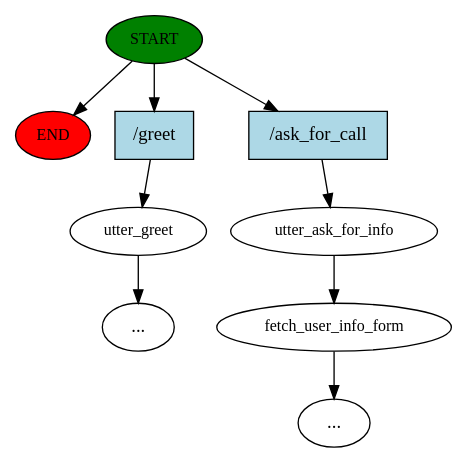
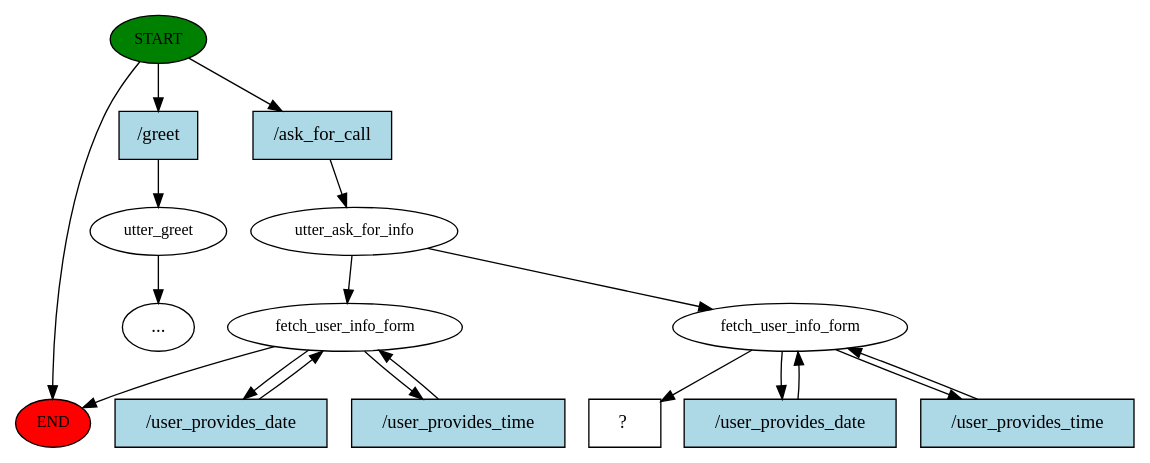
Before and after one commit to anshumankmr/rasa-chat-bot: the diagram in story_graph.dot, drawn with Graphviz. The commit also changed 2 other files, not shown here.

```diff
--- a/story_graph.dot
+++ b/story_graph.dot
@@ -1,19 +1,34 @@
 digraph  {
 0 [class="start active", fillcolor=green, fontsize=12, label=START, style=filled];
 "-1" [class=end, fillcolor=red, fontsize=12, label=END, style=filled];
 1 [class="", fontsize=12, label=utter_greet];
 "-3" [class=ellipsis, label="..."];
-2 [class="active dashed", fontsize=12, label=utter_ask_for_info];
+2 [class=active, fontsize=12, label=utter_ask_for_info];
 3 [class="", fontsize=12, label=fetch_user_info_form];
-"-4" [class=ellipsis, label="..."];
-5 [class=intent, fillcolor=lightblue, label="/greet", shape=rect, style=filled];
-6 [class="intent active", fillcolor=lightblue, label="/ask_for_call", shape=rect, style=filled];
+7 [class=active, fontsize=12, label=fetch_user_info_form];
+10 [class="intent dashed active", label="  ?  ", shape=rect];
+11 [class=intent, fillcolor=lightblue, label="/greet", shape=rect, style=filled];
+12 [class="intent active", fillcolor=lightblue, label="/ask_for_call", shape=rect, style=filled];
+13 [class=intent, fillcolor=lightblue, label="/user_provides_date", shape=rect, style=filled];
+14 [class=intent, fillcolor=lightblue, label="/user_provides_time", shape=rect, style=filled];
+15 [class="intent active", fillcolor=lightblue, label="/user_provides_date", shape=rect, style=filled];
+16 [class="intent active", fillcolor=lightblue, label="/user_provides_time", shape=rect, style=filled];
 0 -> "-1"  [class="", key=NONE, label=""];
-0 -> 5  [class="", key=0];
-0 -> 6  [class=active, key=0];
+0 -> 11  [class="", key=0];
+0 -> 12  [class=active, key=0];
 1 -> "-3"  [class="", key=NONE, label=""];
 2 -> 3  [class="", key=NONE, label=""];
-3 -> "-4"  [class="", key=NONE, label=""];
-5 -> 1  [class="", key=0];
-6 -> 2  [class=active, key=0];
+2 -> 7  [class=active, key=NONE, label=""];
+3 -> "-1"  [class="", key=NONE, label=""];
+3 -> 13  [class="", key=0];
+3 -> 14  [class="", key=0];
+7 -> 10  [class=active, key=NONE, label=""];
+7 -> 15  [class=active, key=0];
+7 -> 16  [class=active, key=0];
+11 -> 1  [class="", key=0];
+12 -> 2  [class=active, key=0];
+13 -> 3  [class="", key=0];
+14 -> 3  [class="", key=0];
+15 -> 7  [class=active, key=0];
+16 -> 7  [class=active, key=0];
 }
```
